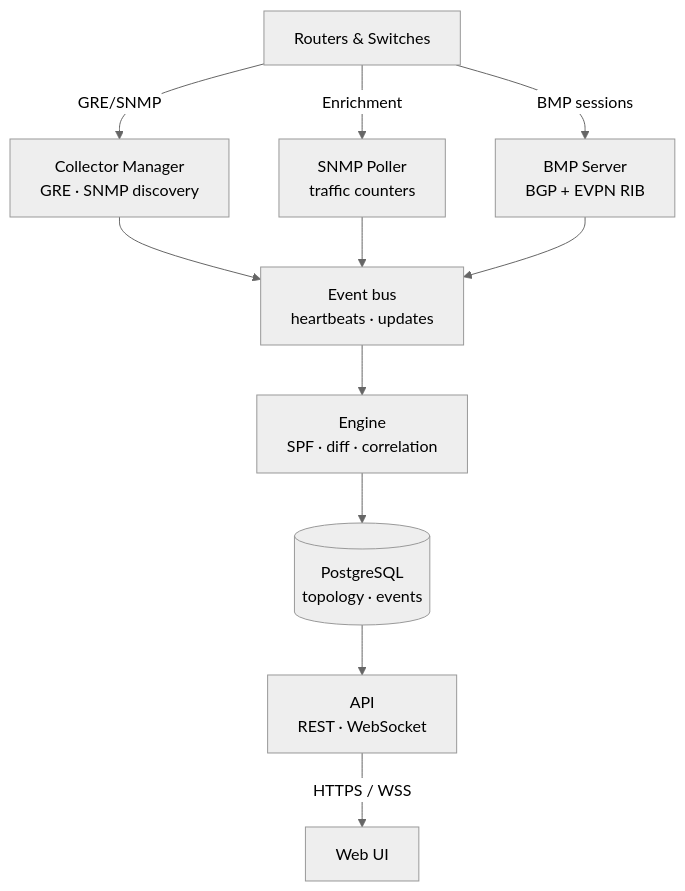
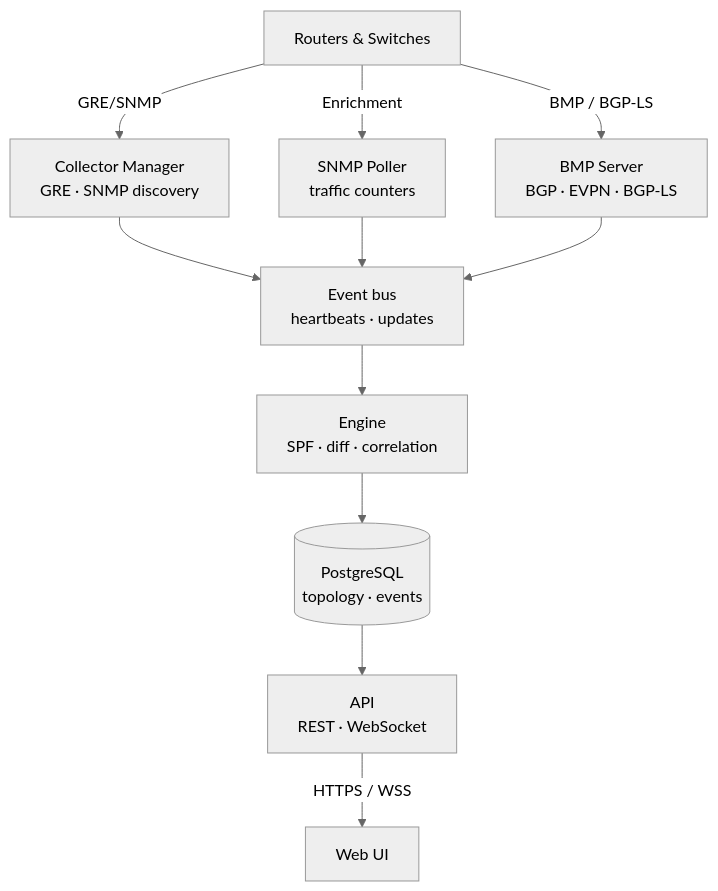
The diagram in README.md (wijnberg-net/osprey), drawn with Mermaid (neutral theme) before and after one commit. The commit also changed other lines of this file, not shown here.

First line of the commit message:
docs: cover BGP-LS, per-area IS-IS recorders, BGP security and RPKI

````diff
--- a/README.md
+++ b/README.md
@@ -179,24 +200,24 @@
 ```mermaid
 graph TD
     R[Routers & Switches]
 
     CM["Collector Manager\nGRE · SNMP discovery"]
     SP["SNMP Poller\ntraffic counters"]
-    BS["BMP Server\nBGP + EVPN RIB"]
+    BS["BMP Server\nBGP · EVPN · BGP-LS"]
     N["Event bus\nheartbeats · updates"]
     E["Engine\nSPF · diff · correlation"]
     PG[("PostgreSQL\ntopology · events")]
     A["API\nREST · WebSocket"]
     W["Web UI"]
 
     R -- GRE/SNMP --> CM
     R -- Enrichment --> SP
-    R -- BMP sessions --> BS
+    R -- BMP / BGP-LS --> BS
     CM --> N
     SP --> N
     BS --> N
     N --> E
     E --> PG
     PG --> A
     A -- HTTPS / WSS --> W
 ```
````
